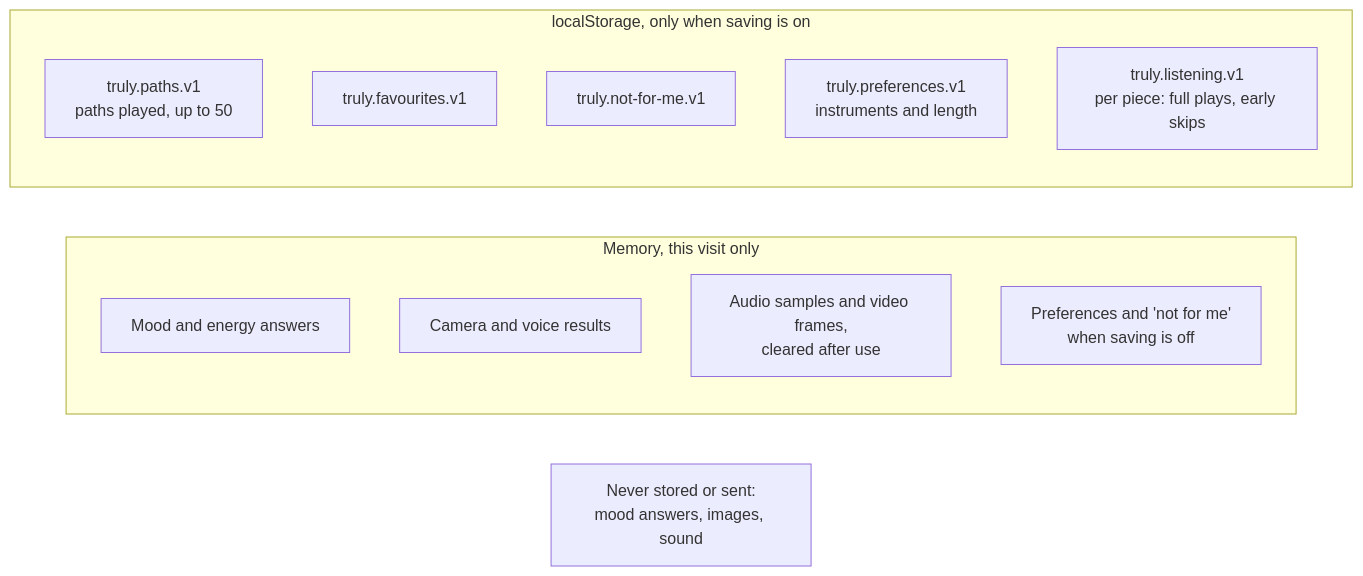
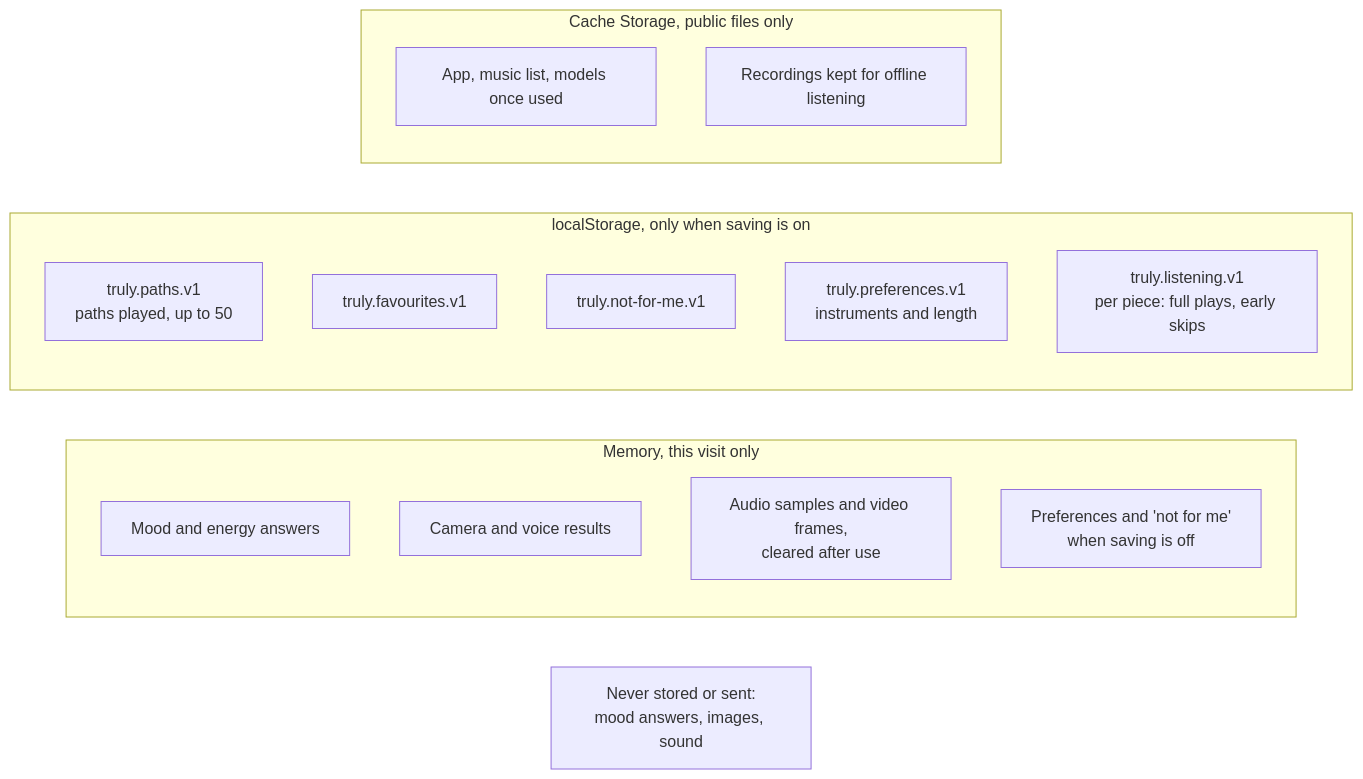
Diagram 11 of 11 in references/ARCHITECTURE.md (hashtagRR/Truly), drawn with Mermaid before and after one commit. The commit also changed other lines of this file and 13 other files, not shown here.

````diff
--- a/references/ARCHITECTURE.md
+++ b/references/ARCHITECTURE.md
@@ -308,17 +320,21 @@
 ```mermaid
 flowchart LR
   subgraph Memory["Memory, this visit only"]
     M1["Mood and energy answers"]
     M2["Camera and voice results"]
     M3["Audio samples and video frames,<br/>cleared after use"]
     M4["Preferences and 'not for me'<br/>when saving is off"]
   end
   subgraph Browser["localStorage, only when saving is on"]
     B1["truly.paths.v1<br/>paths played, up to 50"]
     B2["truly.favourites.v1"]
     B3["truly.not-for-me.v1"]
     B4["truly.preferences.v1<br/>instruments and length"]
     B5["truly.listening.v1<br/>per piece: full plays, early skips"]
   end
+  subgraph Cache["Cache Storage, public files only"]
+    C1["App, music list, models once used"]
+    C2["Recordings kept for offline listening"]
+  end
   Nowhere["Never stored or sent:<br/>mood answers, images, sound"]
 ```
````
